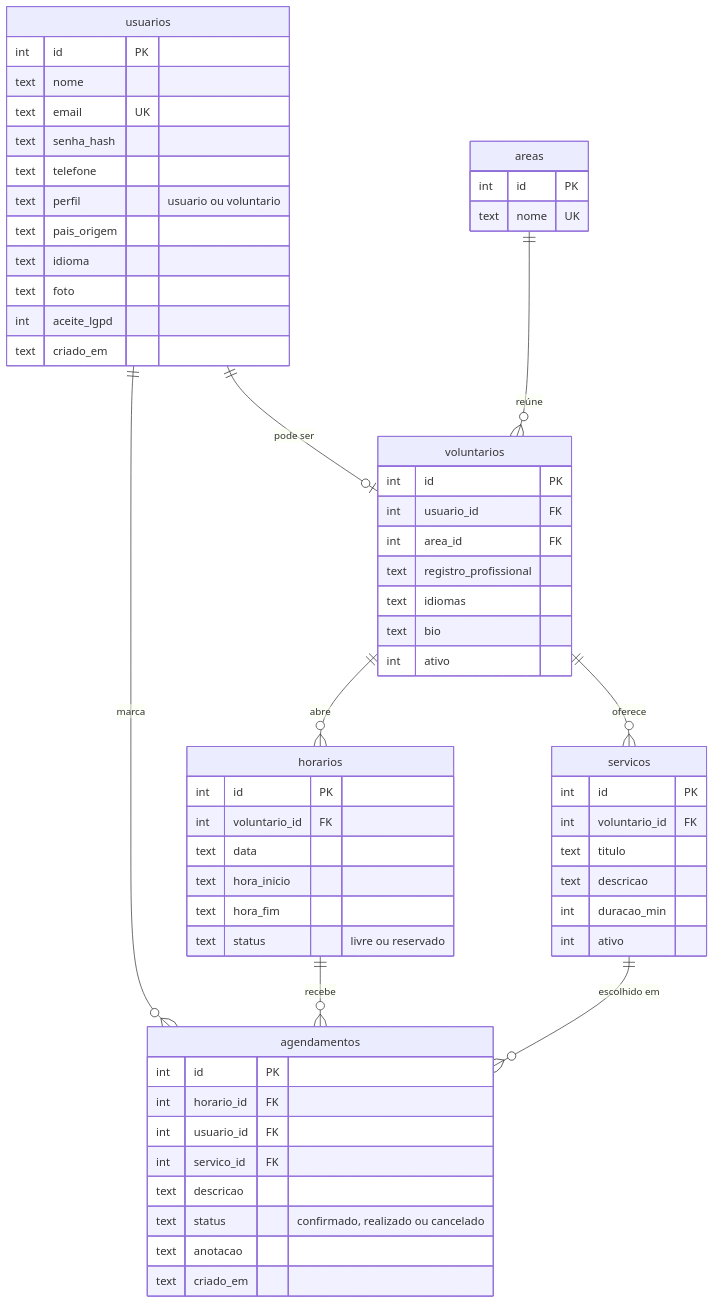
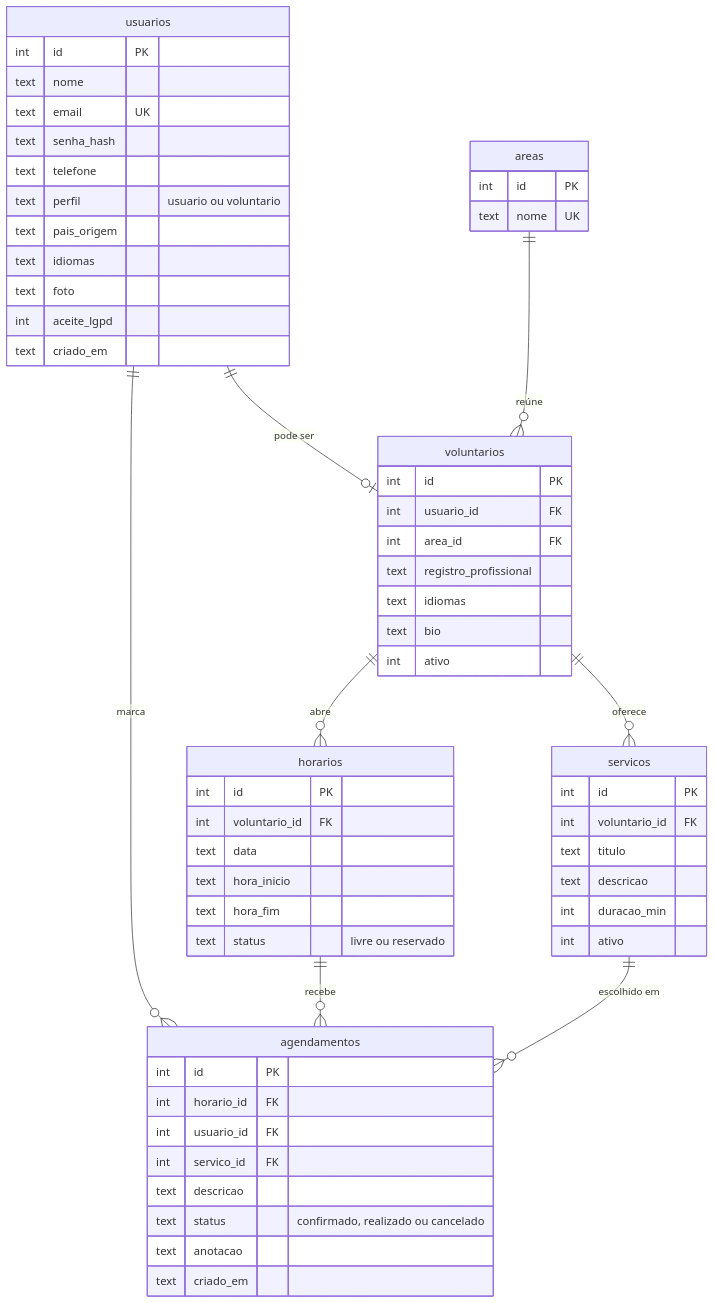
Before and after one commit to luisquesada26/acolhimento-amigo: the second of 2 diagrams in README.md, drawn with Mermaid. The commit also changed other lines of this file and 17 other files, not shown here.

````diff
--- a/README.md
+++ b/README.md
@@ -139,68 +139,68 @@
 ```mermaid
 erDiagram
     usuarios ||--o| voluntarios : "pode ser"
     areas ||--o{ voluntarios : "reúne"
     voluntarios ||--o{ servicos : "oferece"
     voluntarios ||--o{ horarios : "abre"
     usuarios ||--o{ agendamentos : "marca"
     horarios ||--o{ agendamentos : "recebe"
     servicos ||--o{ agendamentos : "escolhido em"
 
     usuarios {
         int id PK
         text nome
         text email UK
         text senha_hash
         text telefone
         text perfil "usuario ou voluntario"
         text pais_origem
-        text idioma
+        text idiomas
         text foto
         int aceite_lgpd
         text criado_em
     }
 
     areas {
         int id PK
         text nome UK
     }
 
     voluntarios {
         int id PK
         int usuario_id FK
         int area_id FK
         text registro_profissional
         text idiomas
         text bio
         int ativo
     }
 
     servicos {
         int id PK
         int voluntario_id FK
         text titulo
         text descricao
         int duracao_min
         int ativo
     }
 
     horarios {
         int id PK
         int voluntario_id FK
         text data
         text hora_inicio
         text hora_fim
         text status "livre ou reservado"
     }
 
     agendamentos {
         int id PK
         int horario_id FK
         int usuario_id FK
         int servico_id FK
         text descricao
         text status "confirmado, realizado ou cancelado"
         text anotacao
         text criado_em
     }
 ```
````
